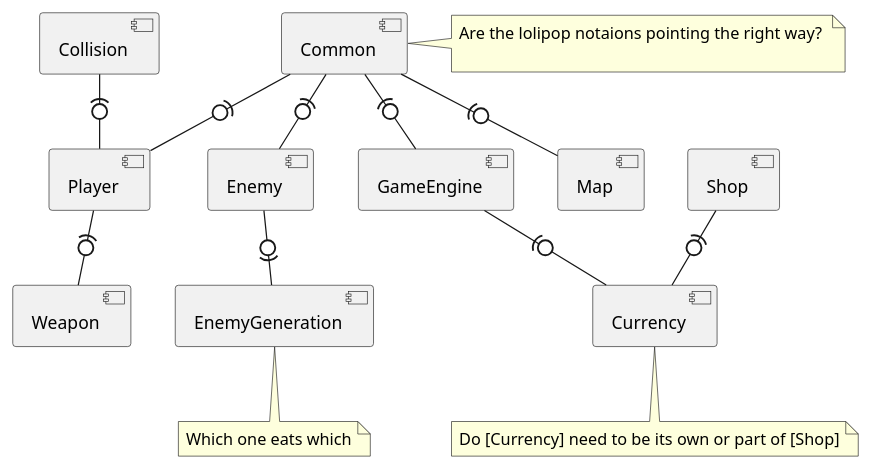
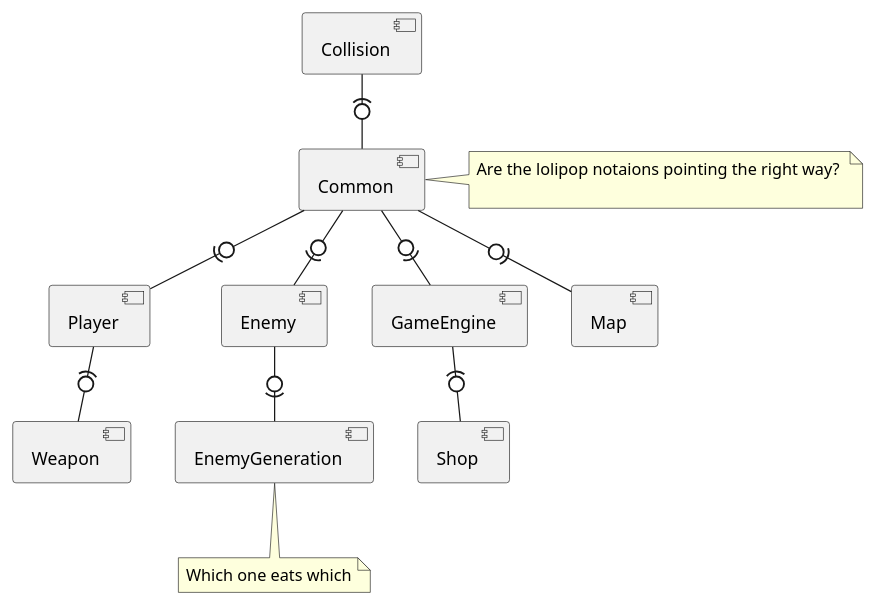
Before and after one commit to joachimhviid/BoatToEngland: the diagram in wiki/ComponentDiagram.puml, drawn with PlantUML.

Commit message:
Diagram update
Currency is a part of shop and direction of several lolipop have changed

```diff
--- a/wiki/ComponentDiagram.puml
+++ b/wiki/ComponentDiagram.puml
@@ -1,28 +1,25 @@
 @startuml
 'https://plantuml.com/component-diagram
 
 [Player]
 [Enemy]
 [EnemyGeneration]
 [GameEngine]
 [Map]
 [Collision]
 [Weapon]
 [Shop]
-[Currency]
 [Common]
 
-[Collision] -(0- [Player]
+[Collision] -(0- [Common]
 [Player] -(0- [Weapon]
-[Shop] -(0- [Currency]
-note bottom of [Currency]: Do [Currency] need to be its own or part of [Shop]
-[Common] -(0- [Player]
-[Common] -(0- [Enemy]
-[Common] -(0- [Map]
-[GameEngine] -(0- [Currency]
-[Common] -(0- [GameEngine]
+[Common] -0)- [Player]
+[Common] -0)- [Enemy]
+[Common] -0)- [Map]
+[GameEngine] -(0- [Shop]
+[Common] -0)- [GameEngine]
 [Enemy] -0)- [EnemyGeneration]
 note bottom of [EnemyGeneration]: Which one eats which
 note right of [Common]: Are the lolipop notaions pointing the right way? \n
 
 @enduml
```
